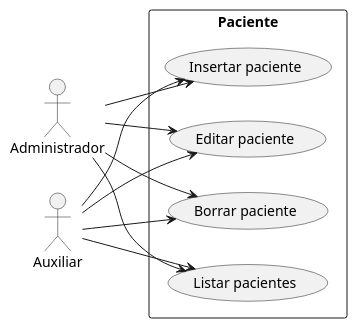
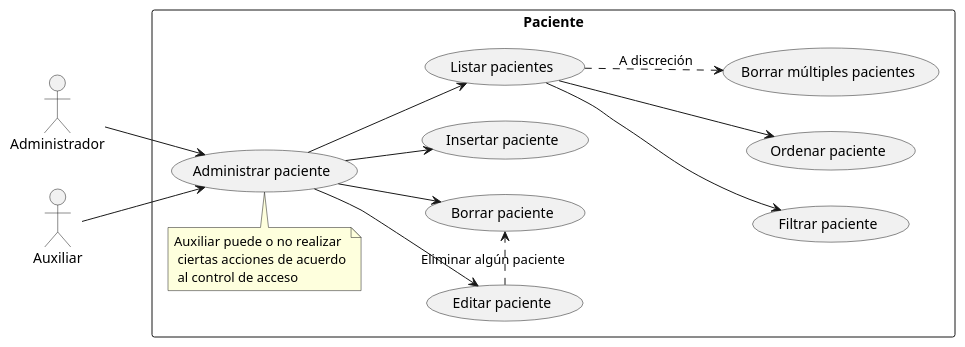
The diagram in ROOT/modules/proyecto/puml/pacientes-usecase.puml (capsi-ucp/capsi-ucp.github.io), drawn with PlantUML before and after one commit.

Commit message:
Correcciones a casos de uso de pacientes

```diff
--- a/ROOT/modules/proyecto/puml/pacientes-usecase.puml
+++ b/ROOT/modules/proyecto/puml/pacientes-usecase.puml
@@ -1,23 +1,30 @@
 @startuml
 left to right direction
 actor Administrador
 actor Auxiliar
 
 rectangle Paciente {  
-  usecase "Insertar paciente" as Auth
-  usecase "Editar paciente" as UC1
-  usecase "Borrar paciente" as UC2
-  usecase "Listar pacientes" as UC3
+  usecase "Administrar paciente" as CRUD
+  usecase "Insertar paciente" as C
+  usecase "Listar pacientes" as R
+  usecase "Editar paciente" as U
+  usecase "Borrar paciente" as D
+  usecase "Filtrar paciente" as Searchable
+  usecase "Ordenar paciente" as Sortable
+  usecase "Borrar múltiples pacientes" as Bulk
+  note "Auxiliar puede o no realizar\r\n ciertas acciones de acuerdo\r\n al control de acceso" as Acl
 }
+CRUD --> C
+CRUD --> R
+CRUD --> U
+CRUD --> D
 
-Administrador --> Auth
-Administrador --> UC1
-Administrador --> UC2
-Administrador --> UC3
+R --> Searchable
+R --> Sortable
+R -.> Bulk: "A discreción"
+U .> D: "Eliminar algún paciente"
 
-Auxiliar --> Auth
-Auxiliar --> UC1
-Auxiliar --> UC2
-Auxiliar --> UC3
-
+Administrador --> CRUD
+Auxiliar --> CRUD
+Acl -> CRUD
 @enduml
```
